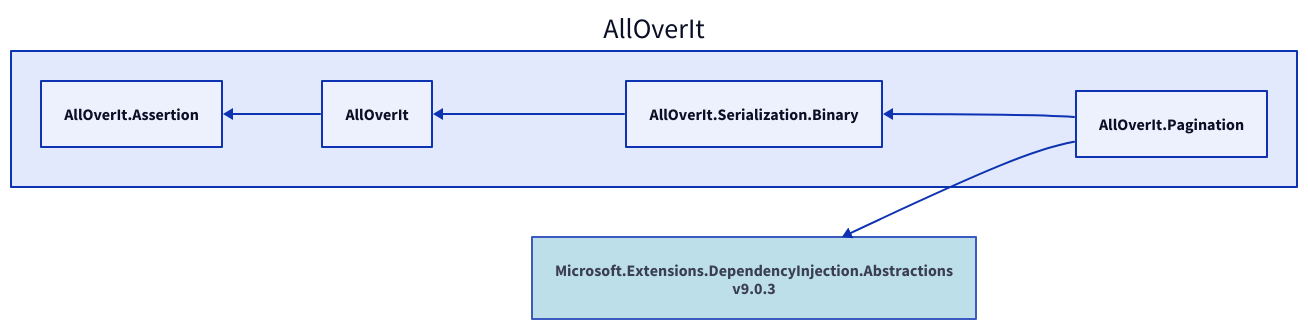
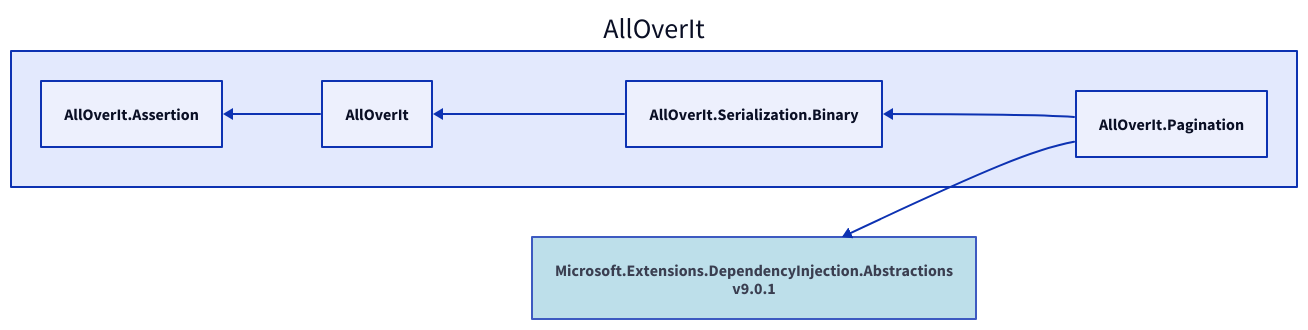
The diagram in Docs/Reference/Content/images/dependencies/net9.0/alloverit-pagination.d2 (mjfreelancing/AllOverIt), drawn with D2 before and after one commit. The commit also changed 65 other files, not shown here.

```diff
--- a/Docs/Reference/Content/images/dependencies/net9.0/alloverit-pagination.d2
+++ b/Docs/Reference/Content/images/dependencies/net9.0/alloverit-pagination.d2
@@ -1,14 +1,14 @@
 direction: left
 
 aoi: AllOverIt
 aoi.alloverit-pagination: AllOverIt.Pagination
-microsoft-extensions-dependencyinjection-abstractions_9-0-3: Microsoft.Extensions.DependencyInjection.Abstractions\nv9.0.3
-microsoft-extensions-dependencyinjection-abstractions_9-0-3.style.fill: "#ADD8E6"
-microsoft-extensions-dependencyinjection-abstractions_9-0-3.style.opacity: 0.8
-microsoft-extensions-dependencyinjection-abstractions_9-0-3 <- aoi.alloverit-pagination
+microsoft-extensions-dependencyinjection-abstractions_9-0-1: Microsoft.Extensions.DependencyInjection.Abstractions\nv9.0.1
+microsoft-extensions-dependencyinjection-abstractions_9-0-1.style.fill: "#ADD8E6"
+microsoft-extensions-dependencyinjection-abstractions_9-0-1.style.opacity: 0.8
+microsoft-extensions-dependencyinjection-abstractions_9-0-1 <- aoi.alloverit-pagination
 aoi.alloverit-serialization-binary: AllOverIt.Serialization.Binary
 aoi.alloverit: AllOverIt
 aoi.alloverit-assertion: AllOverIt.Assertion
 aoi.alloverit-assertion <- aoi.alloverit
 aoi.alloverit <- aoi.alloverit-serialization-binary
 aoi.alloverit-serialization-binary <- aoi.alloverit-pagination
```
